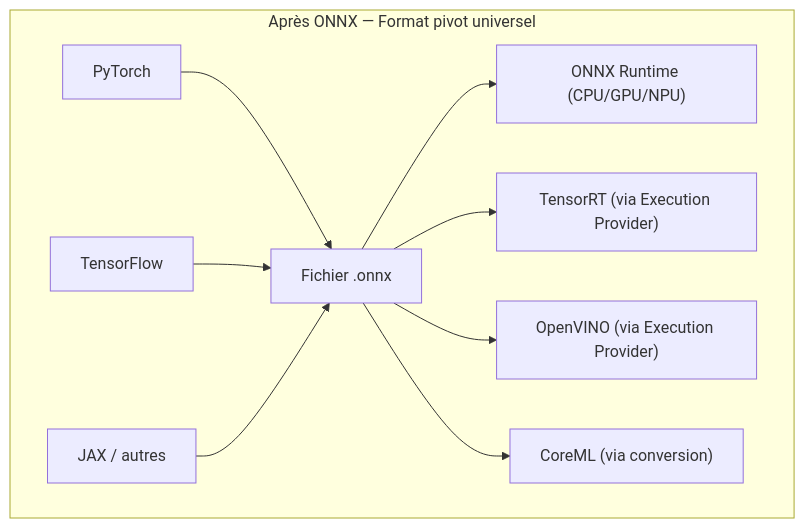
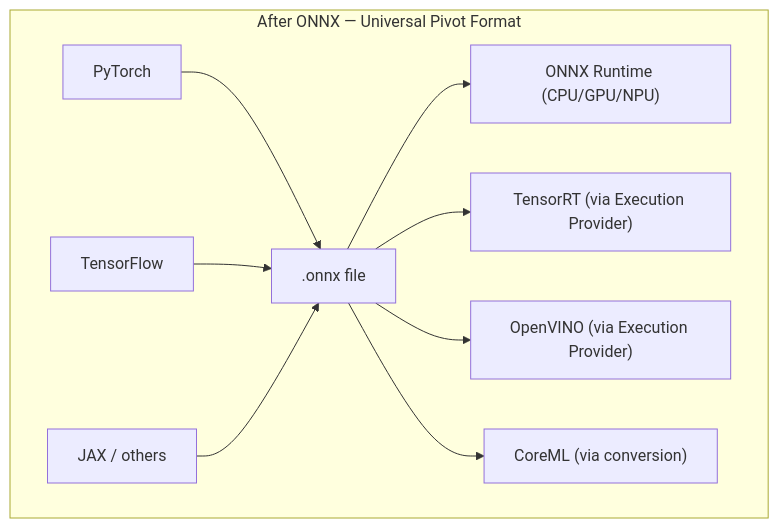
Before and after one commit to ADORSYS-GIS/Custom-Ai-Ops: the second of 6 diagrams in docs/explain/onnx.md, drawn with Mermaid. The commit also changed other lines of this file, not shown here.

````diff
--- a/docs/explain/onnx.md
+++ b/docs/explain/onnx.md
@@ -46,12 +46,12 @@
 ```mermaid
 flowchart TB
-    subgraph APRES["Après ONNX — Format pivot universel"]
-        PT2["PyTorch"] --> ONNX1["Fichier .onnx"]
+    subgraph APRES["After ONNX — Universal Pivot Format"]
+        PT2["PyTorch"] --> ONNX1[".onnx file"]
         TF2["TensorFlow"] --> ONNX1
-        JAX2["JAX / autres"] --> ONNX1
+        JAX2["JAX / others"] --> ONNX1
         ONNX1 --> R1["ONNX Runtime (CPU/GPU/NPU)"]
         ONNX1 --> R2["TensorRT (via Execution Provider)"]
         ONNX1 --> R3["OpenVINO (via Execution Provider)"]
         ONNX1 --> R4["CoreML (via conversion)"]
     end
 ```
````
